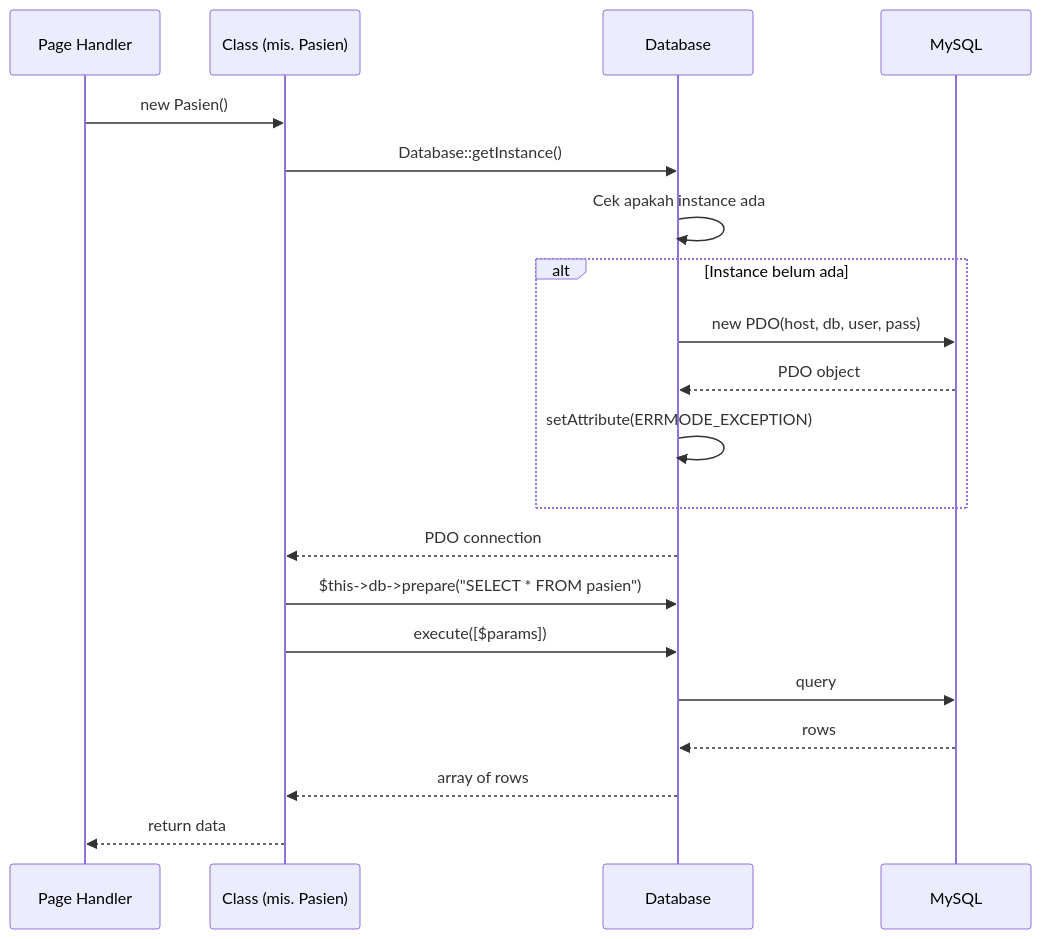
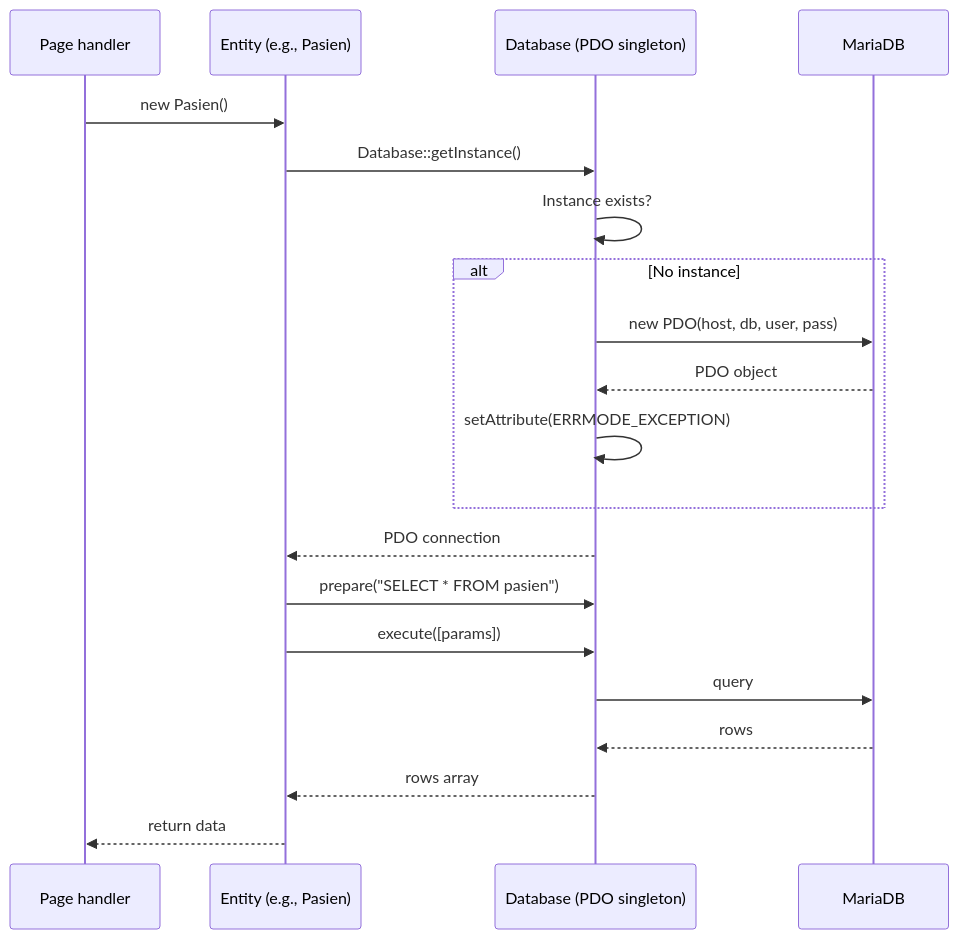
One commit to TudeOrangBiasa/silk-swarakarna-uas changed the second of 2 diagrams in docs/architecture.md. Above: the diagram before and after it, drawn with Mermaid. The commit also changed other lines of this file and 2 other files, not shown here.

First line of the commit message:
docs: rewrite README + architecture + business-logic (Caveman + Humanizer)

````diff
--- a/docs/architecture.md
+++ b/docs/architecture.md
@@ -273,23 +333,23 @@
 ```mermaid
 sequenceDiagram
-    participant P as Page Handler
-    participant C as Class (mis. Pasien)
-    participant DB as Database
-    participant MySQL as MySQL
+    participant P as Page handler
+    participant E as Entity (e.g., Pasien)
+    participant DB as Database (PDO singleton)
+    participant MySQL as MariaDB
 
-    P->>C: new Pasien()
-    C->>DB: Database::getInstance()
-    DB->>DB: Cek apakah instance ada
-    alt Instance belum ada
+    P->>E: new Pasien()
+    E->>DB: Database::getInstance()
+    DB->>DB: Instance exists?
+    alt No instance
         DB->>MySQL: new PDO(host, db, user, pass)
         MySQL-->>DB: PDO object
         DB->>DB: setAttribute(ERRMODE_EXCEPTION)
     end
-    DB-->>C: PDO connection
-    C->>DB: $this->db->prepare("SELECT * FROM pasien")
-    C->>DB: execute([$params])
+    DB-->>E: PDO connection
+    E->>DB: prepare("SELECT * FROM pasien")
+    E->>DB: execute([params])
     DB->>MySQL: query
     MySQL-->>DB: rows
-    DB-->>C: array of rows
-    C-->>P: return data
+    DB-->>E: rows array
+    E-->>P: return data
 ```
````
